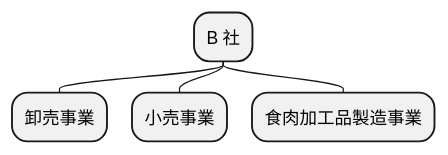
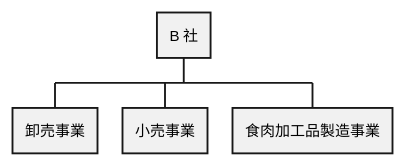
The first of 15 diagrams in docs/case/r04_case_2.adoc (k2works/case-sutudy-business-analysis), drawn with PlantUML before and after one commit. The commit also changed other lines of this file, not shown here.

```diff
--- a/docs/case/r04_case_2.adoc
+++ b/docs/case/r04_case_2.adoc
@@ -43,11 +43,11 @@
 [plantuml]
 ----
-@startmindmap
-top to bottom direction
+@startwbs
+
 * B 社
 ** 卸売事業
 ** 小売事業
 ** 食肉加工品製造事業
 
-@endmindmap
+@endboard
 ----
```
